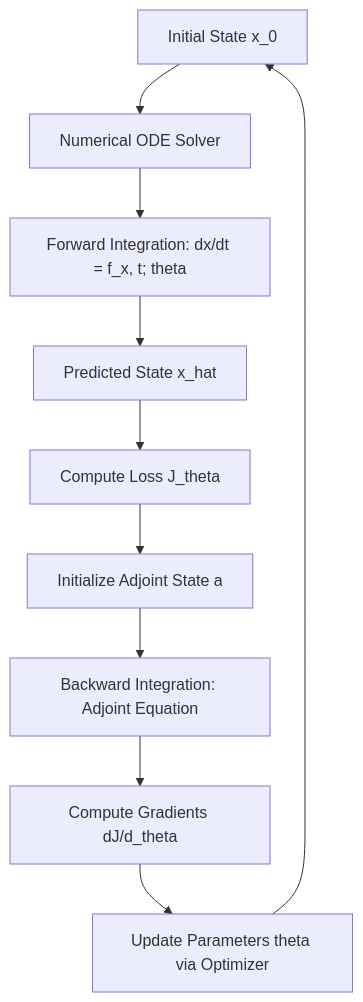
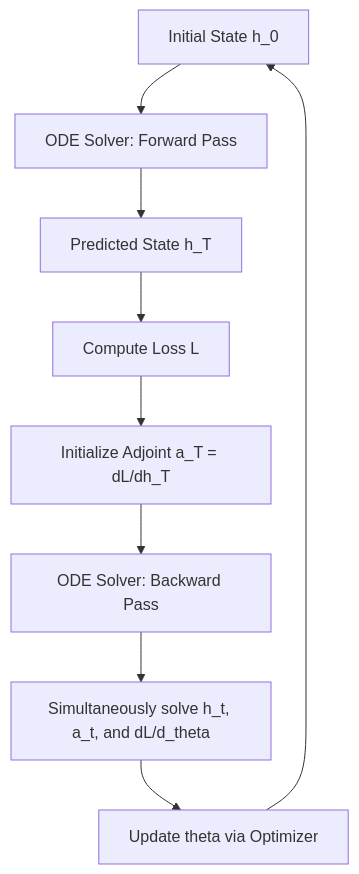
The diagram in docs/neural_ODE_ett.qmd (R16-srihari/Orbital-Uncertainty-Propagation-Literature-Review), drawn with Mermaid before and after one commit. The commit also changed other lines of this file and 8 other files, not shown here.

````diff
--- a/docs/neural_ODE_ett.qmd
+++ b/docs/neural_ODE_ett.qmd
@@ -50,12 +34,11 @@
 ```mermaid
 graph TD
-    A[Initial State x_0] --> B[Numerical ODE Solver]
-    B --> C[Forward Integration: dx/dt = f_x, t; theta]
-    C --> D[Predicted State x_hat]
-    D --> E[Compute Loss J_theta]
-    E --> F[Initialize Adjoint State a]
-    F --> G[Backward Integration: Adjoint Equation]
-    G --> H[Compute Gradients dJ/d_theta]
-    H --> I[Update Parameters theta via Optimizer]
-    I --> A
+    A[Initial State h_0] --> B[ODE Solver: Forward Pass]
+    B --> C[Predicted State h_T]
+    C --> D[Compute Loss L]
+    D --> E[Initialize Adjoint a_T = dL/dh_T]
+    E --> F[ODE Solver: Backward Pass]
+    F --> G[Simultaneously solve h_t, a_t, and dL/d_theta]
+    G --> H[Update theta via Optimizer]
+    H --> A
 ```
````
